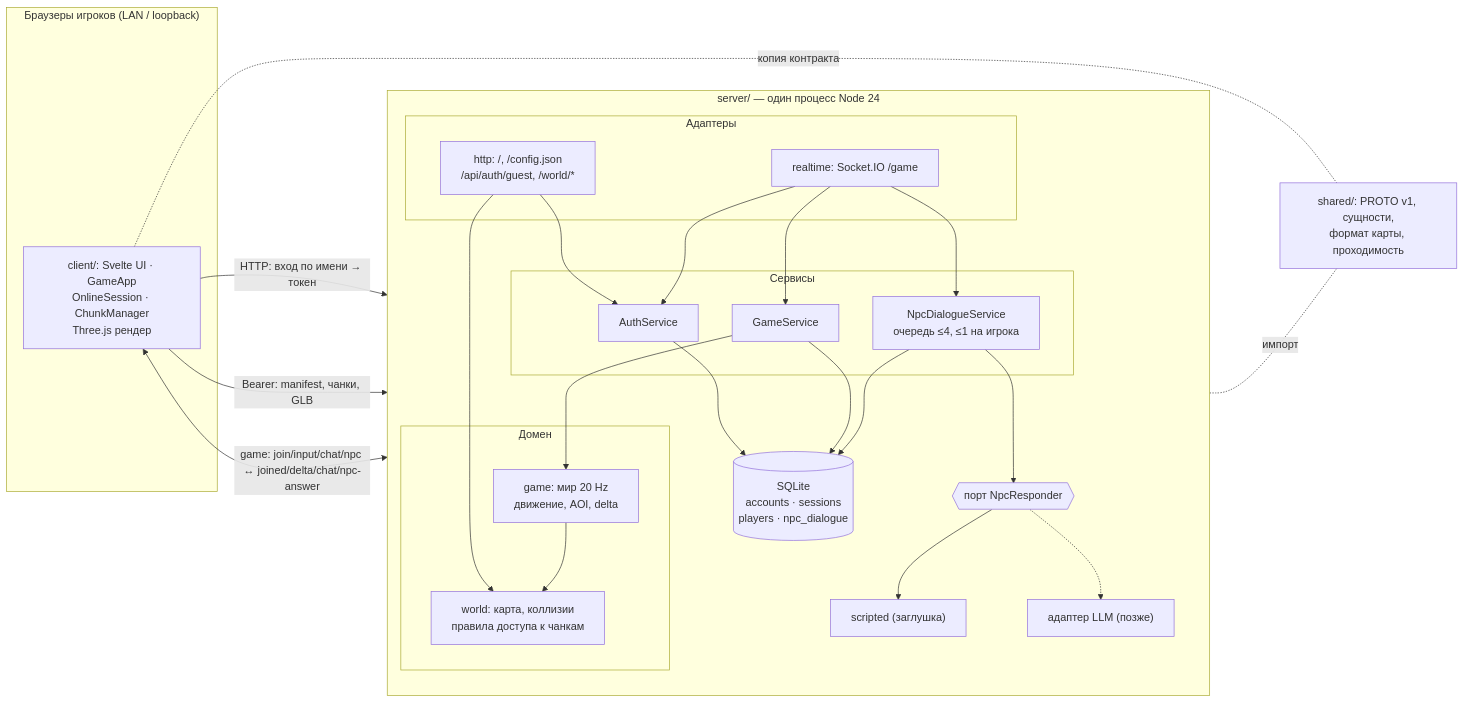
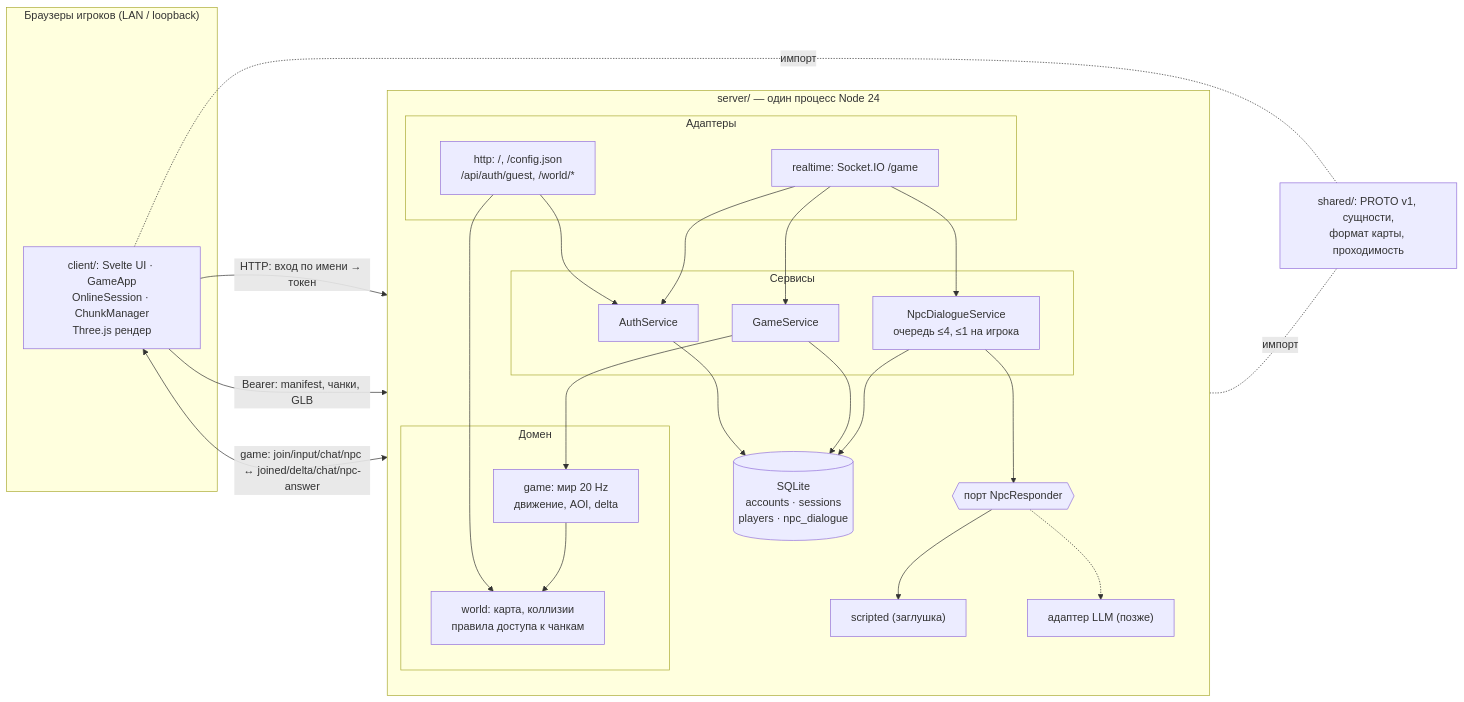
Before and after one commit to Nisakoo/Kuda-Nazimat-2026: the diagram in architecture.md, drawn with Mermaid. The commit also changed other lines of this file and 45 other files, not shown here.

````diff
--- a/architecture.md
+++ b/architecture.md
@@ -72,45 +72,45 @@
 ```mermaid
 flowchart LR
   subgraph Browsers["Браузеры игроков (LAN / loopback)"]
     C["client/: Svelte UI · GameApp\nOnlineSession · ChunkManager\nThree.js рендер"]
   end
   subgraph Server["server/ — один процесс Node 24"]
     direction TB
     subgraph Adapters["Адаптеры"]
       HTTP["http: /, /config.json\n/api/auth/guest, /world/*"]
       RT["realtime: Socket.IO /game"]
     end
     subgraph Services["Сервисы"]
       AUTH["AuthService"]
       GAME["GameService"]
       NPCS["NpcDialogueService\nочередь ≤4, ≤1 на игрока"]
     end
     subgraph Domain["Домен"]
       WORLD["game: мир 20 Hz\nдвижение, AOI, delta"]
       MAP["world: карта, коллизии\nправила доступа к чанкам"]
     end
     DB[("SQLite\naccounts · sessions\nplayers · npc_dialogue")]
     PORT{{"порт NpcResponder"}}
     STUB["scripted (заглушка)"]
     LLM["адаптер LLM (позже)"]
   end
   SHARED["shared/: PROTO v1, сущности,\nформат карты, проходимость"]
   C -- "HTTP: вход по имени → токен" --> HTTP
   C -- "Bearer: manifest, чанки, GLB" --> HTTP
   C <-- "game: join/input/chat/npc ↔ joined/delta/chat/npc-answer" --> RT
   HTTP --> AUTH
   HTTP --> MAP
   RT --> AUTH
   RT --> GAME
   RT --> NPCS
   GAME --> WORLD
   WORLD --> MAP
   AUTH --> DB
   GAME --> DB
   NPCS --> DB
   NPCS --> PORT
   PORT --> STUB
   PORT -.-> LLM
-  C -. "копия контракта" .- SHARED
+  C -. "импорт" .- SHARED
   Server -. "импорт" .- SHARED
 ```
````
